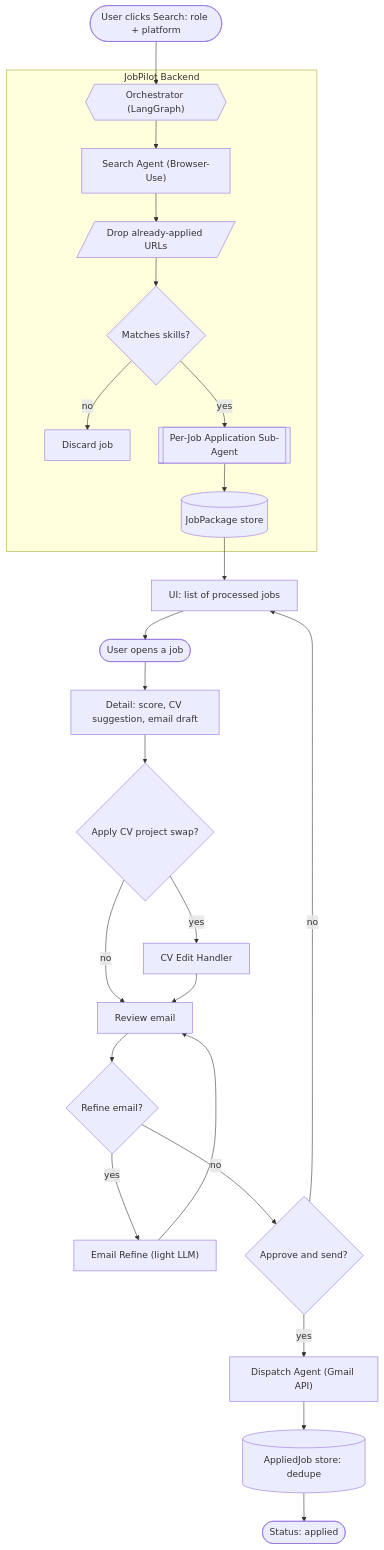
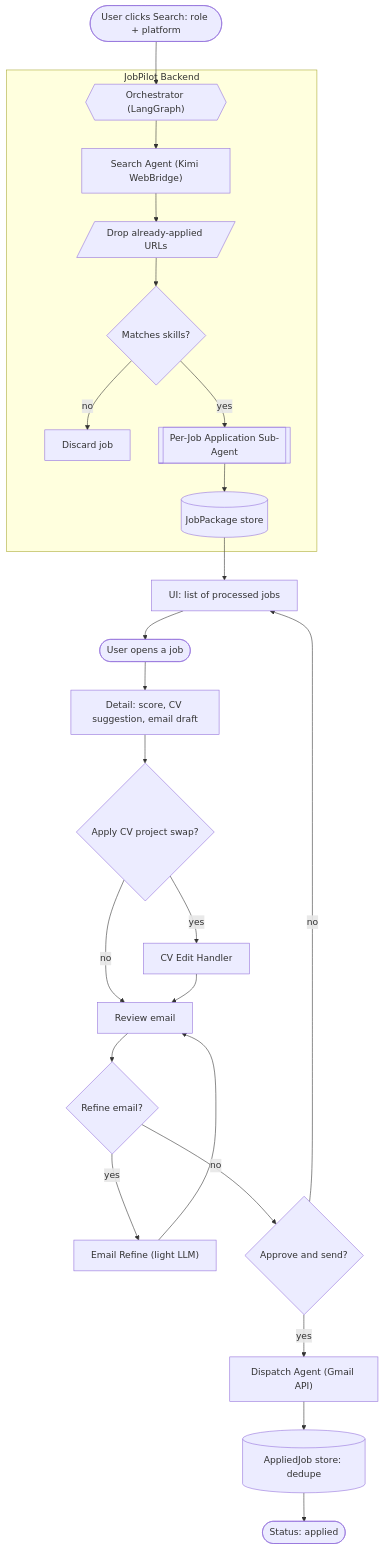
One commit to HamzaFayaz/JobPilot changed the first of 3 diagrams in System Design/jobpilot_backend_design_5694f9b6.md. Above: the diagram before and after it, drawn with Mermaid. The commit also changed other lines of this file and 23 other files, not shown here.

Commit message:
Refactor browser provider to Kimi WebBridge, replacing deprecated Browser-Use. Update documentation and configuration files to reflect changes in the Search Helper architecture and user setup. Ensure seamless integration with existing APIs and maintain user session continuity in Chrome.

````diff
--- a/System Design/jobpilot_backend_design_5694f9b6.md
+++ b/System Design/jobpilot_backend_design_5694f9b6.md
@@ -53,38 +53,38 @@
 ```mermaid
 flowchart TD
     userSearch(["User clicks Search: role + platform"])
 
     subgraph backend [JobPilot Backend]
         orch{{"Orchestrator (LangGraph)"}}
-        search["Search Agent (Browser-Use)"]
+        search["Search Agent (Kimi WebBridge)"]
         dedupeFilter[/"Drop already-applied URLs"/]
         matchGate{"Matches skills?"}
         dropJob["Discard job"]
         appAgent[["Per-Job Application Sub-Agent"]]
         pkgStore[("JobPackage store")]
     end
 
     userSearch --> orch
     orch --> search
     search --> dedupeFilter
     dedupeFilter --> matchGate
     matchGate -->|no| dropJob
     matchGate -->|yes| appAgent
     appAgent --> pkgStore
     pkgStore --> uiList["UI: list of processed jobs"]
 
     uiList --> openJob(["User opens a job"])
     openJob --> detail["Detail: score, CV suggestion, email draft"]
     detail --> editChoice{"Apply CV project swap?"}
     editChoice -->|yes| cvEdit["CV Edit Handler"]
     editChoice -->|no| reviewEmail["Review email"]
     cvEdit --> reviewEmail
     reviewEmail --> refineChoice{"Refine email?"}
     refineChoice -->|yes| emailRefine["Email Refine (light LLM)"]
     emailRefine --> reviewEmail
     refineChoice -->|no| sendChoice{"Approve and send?"}
     sendChoice -->|yes| dispatch["Dispatch Agent (Gmail API)"]
     sendChoice -->|no| uiList
     dispatch --> appliedStore[("AppliedJob store: dedupe")]
     appliedStore --> done(["Status: applied"])
 ```
````
